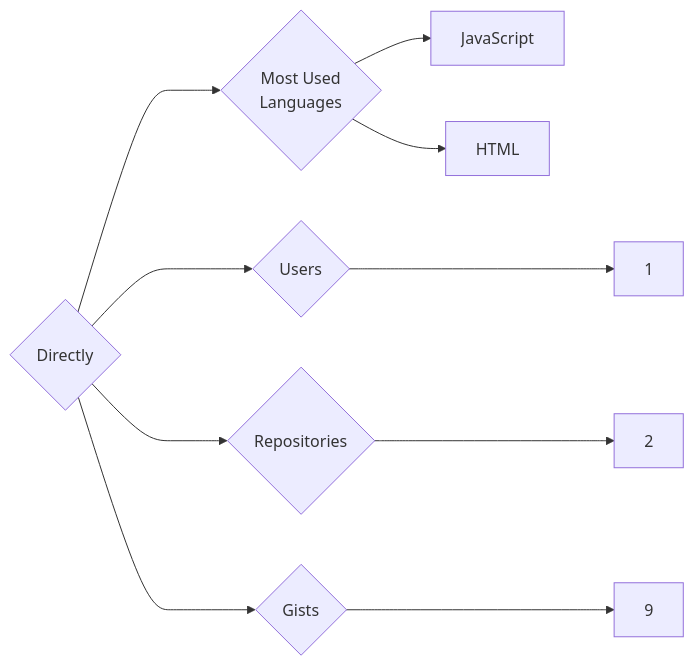
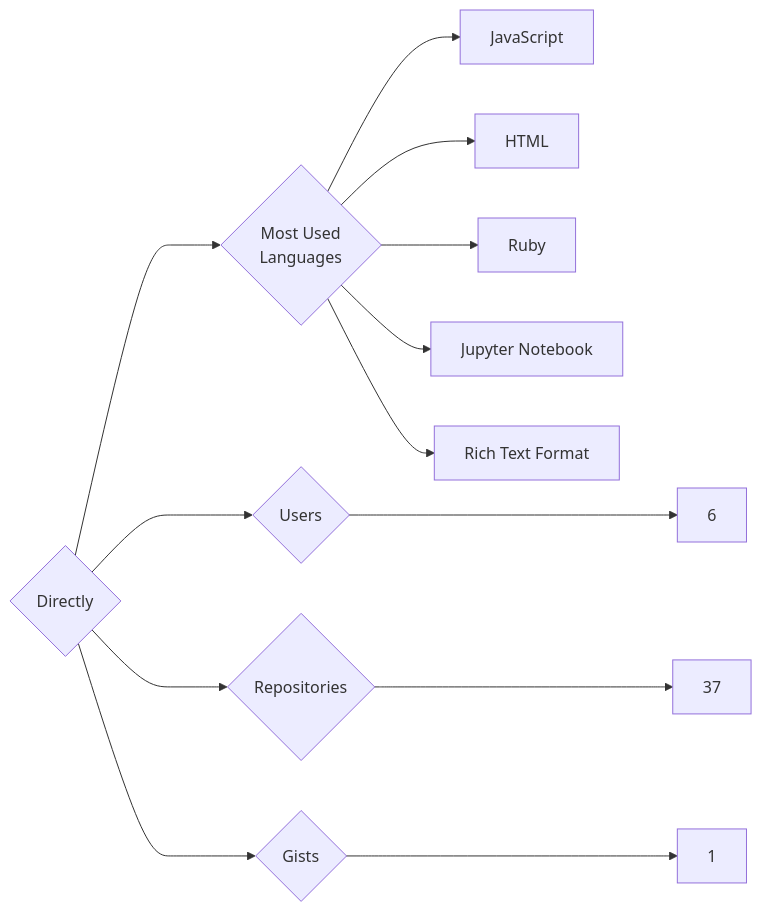
Before and after one commit to trickest/insiders: the diagram in targets/Directly/README.md, drawn with Mermaid. The commit also changed 1148 other files, not shown here.

````diff
--- a/targets/Directly/README.md
+++ b/targets/Directly/README.md
@@ -3,10 +3,13 @@
 ```mermaid
 graph LR
 COMPANY_NAME{Directly}
-COMPANY_NAME ---> U{Users} ---> UN[1]
-COMPANY_NAME ---> R{Repositories} ---> RN[2]
-COMPANY_NAME ---> G{Gists} ---> GN[9]
+COMPANY_NAME ---> U{Users} ---> UN[6]
+COMPANY_NAME ---> R{Repositories} ---> RN[37]
+COMPANY_NAME ---> G{Gists} ---> GN[1]
 COMPANY_NAME ---> ML{Most Used<br>Languages}
 ML --> JavaScript[JavaScript]
 ML --> HTML[HTML]
+ML --> Ruby[Ruby]
+ML --> Jupyter_Notebook[Jupyter Notebook]
+ML --> Rich_Text_Format[Rich Text Format]
 ```
````
